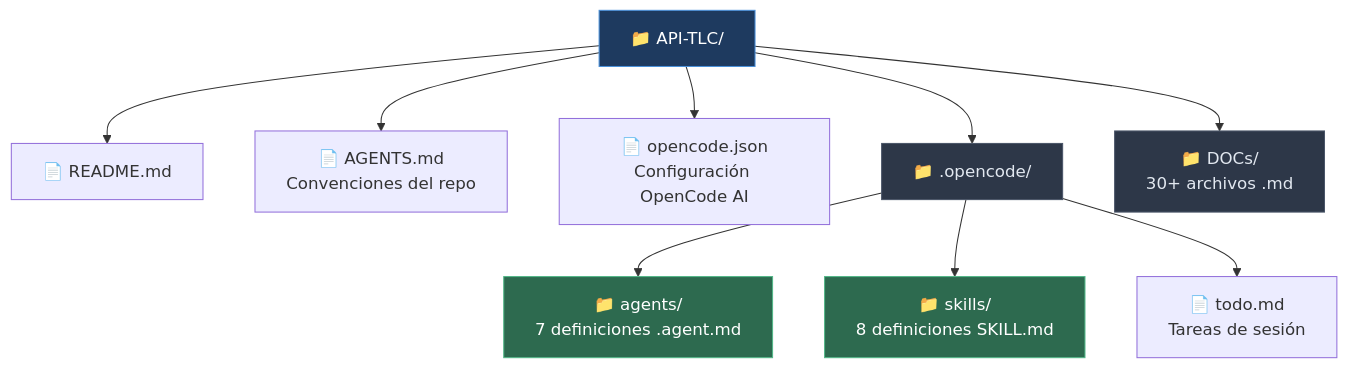
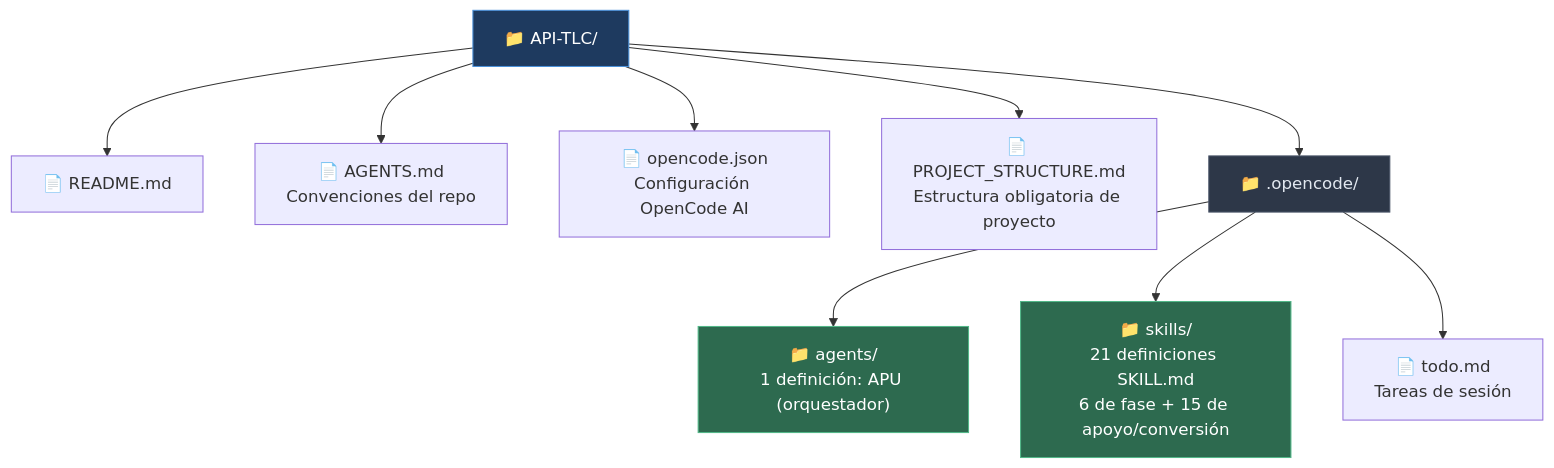
One commit to criquil/API-TLC changed the sixth of 7 diagrams in README.md. Above: the diagram before and after it, drawn with Mermaid. The commit also changed other lines of this file and 58 other files, not shown here.

Commit message:
feat: estructura obligatoria de proyecto + 7 skills nuevas + actualizar README/AGENTS/PROJECT_STRUCTURE.md

````diff
--- a/README.md
+++ b/README.md
@@ -215,20 +239,19 @@
 ```mermaid
 graph TD
     ROOT["📁 API-TLC/"]
 
     ROOT --> README["📄 README.md"]
     ROOT --> AGENTS["📄 AGENTS.md\nConvenciones del repo"]
     ROOT --> OC["📄 opencode.json\nConfiguración OpenCode AI"]
+    ROOT --> PS["📄 PROJECT_STRUCTURE.md\nEstructura obligatoria de proyecto"]
     ROOT --> OCD["📁 .opencode/"]
-    ROOT --> DOCS["📁 DOCs/\n30+ archivos .md"]
 
-    OCD --> AG["📁 agents/\n7 definiciones .agent.md"]
-    OCD --> SK["📁 skills/\n8 definiciones SKILL.md"]
+    OCD --> AG["📁 agents/\n1 definición: APU (orquestador)"]
+    OCD --> SK["📁 skills/\n21 definiciones SKILL.md\n6 de fase + 15 de apoyo/conversión"]
     OCD --> TODO["📄 todo.md\nTareas de sesión"]
 
     style ROOT fill:#1e3a5f,color:#fff,stroke:#4a90d9
     style OCD fill:#2d3748,color:#e2e8f0,stroke:#4a5568
-    style DOCS fill:#2d3748,color:#e2e8f0,stroke:#4a5568
     style AG fill:#2d6a4f,color:#fff,stroke:#52b788
     style SK fill:#2d6a4f,color:#fff,stroke:#52b788
 ```
````
